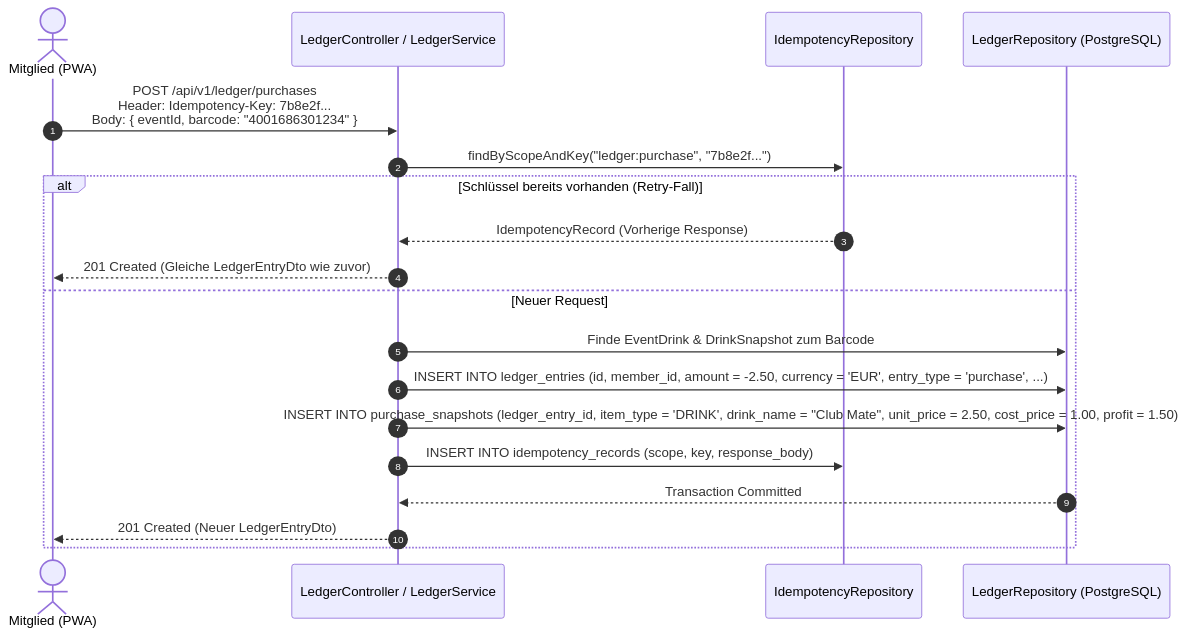
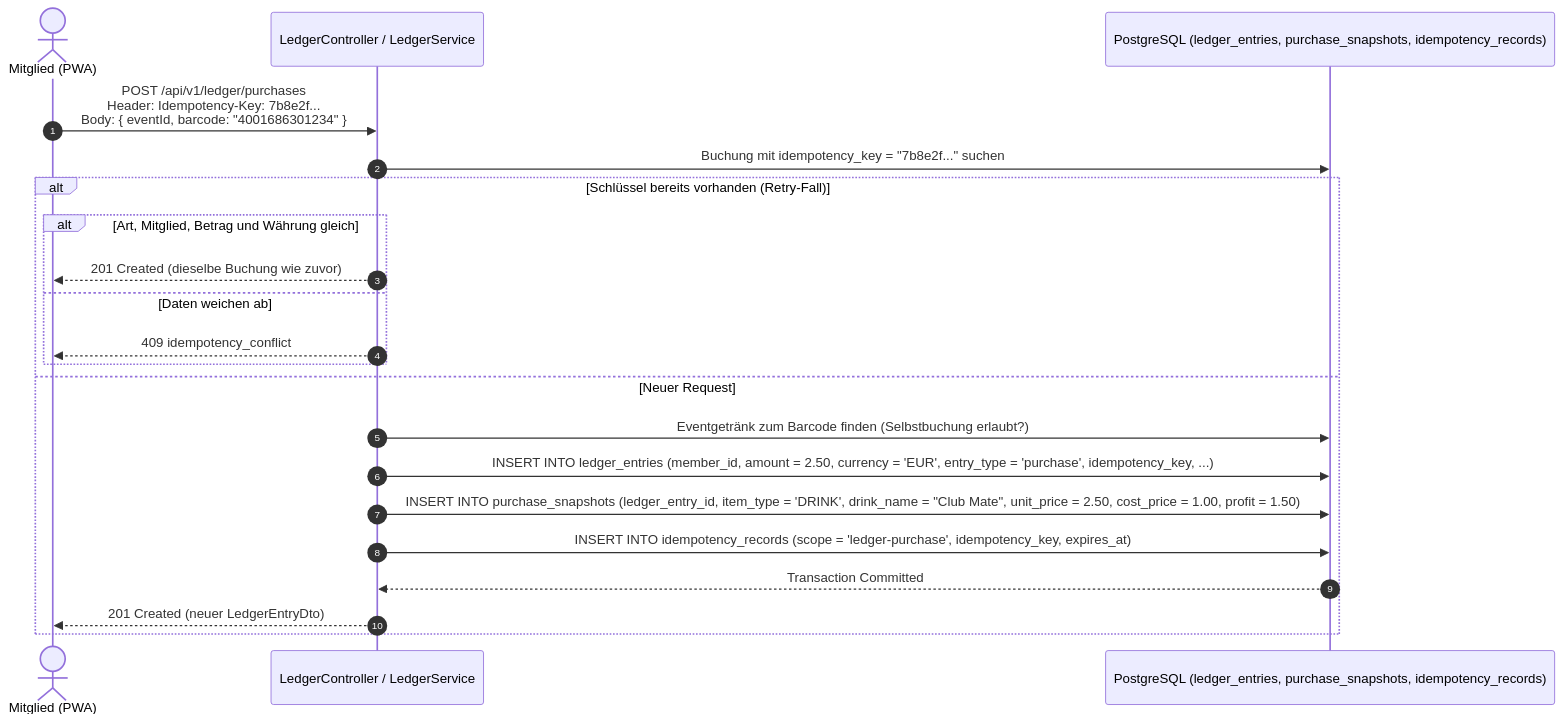
The diagram in docs/domains/ledger-and-finance.md (damaurer/vereint), drawn with Mermaid before and after one commit. The commit also changed other lines of this file and 20 other files, not shown here.

````diff
--- a/docs/domains/ledger-and-finance.md
+++ b/docs/domains/ledger-and-finance.md
@@ -130,22 +133,24 @@
 ```mermaid
 sequenceDiagram
     autonumber
     actor Member as Mitglied (PWA)
     participant Spring as LedgerController / LedgerService
-    participant IdemRepo as IdempotencyRepository
-    participant DB as LedgerRepository (PostgreSQL)
+    participant DB as PostgreSQL (ledger_entries, purchase_snapshots, idempotency_records)
 
     Member->>Spring: POST /api/v1/ledger/purchases<br/>Header: Idempotency-Key: 7b8e2f...<br/>Body: { eventId, barcode: "4001686301234" }
-    Spring->>IdemRepo: findByScopeAndKey("ledger:purchase", "7b8e2f...")
+    Spring->>DB: Buchung mit idempotency_key = "7b8e2f..." suchen
     alt Schlüssel bereits vorhanden (Retry-Fall)
-        IdemRepo-->>Spring: IdempotencyRecord (Vorherige Response)
-        Spring-->>Member: 201 Created (Gleiche LedgerEntryDto wie zuvor)
+        alt Art, Mitglied, Betrag und Währung gleich
+            Spring-->>Member: 201 Created (dieselbe Buchung wie zuvor)
+        else Daten weichen ab
+            Spring-->>Member: 409 idempotency_conflict
+        end
     else Neuer Request
-        Spring->>DB: Finde EventDrink & DrinkSnapshot zum Barcode
-        Spring->>DB: INSERT INTO ledger_entries (id, member_id, amount = -2.50, currency = 'EUR', entry_type = 'purchase', ...)
+        Spring->>DB: Eventgetränk zum Barcode finden (Selbstbuchung erlaubt?)
+        Spring->>DB: INSERT INTO ledger_entries (member_id, amount = 2.50, currency = 'EUR', entry_type = 'purchase', idempotency_key, ...)
         Spring->>DB: INSERT INTO purchase_snapshots (ledger_entry_id, item_type = 'DRINK', drink_name = "Club Mate", unit_price = 2.50, cost_price = 1.00, profit = 1.50)
-        Spring->>IdemRepo: INSERT INTO idempotency_records (scope, key, response_body)
+        Spring->>DB: INSERT INTO idempotency_records (scope = 'ledger-purchase', idempotency_key, expires_at)
         DB-->>Spring: Transaction Committed
-        Spring-->>Member: 201 Created (Neuer LedgerEntryDto)
+        Spring-->>Member: 201 Created (neuer LedgerEntryDto)
     end
 ```
````
